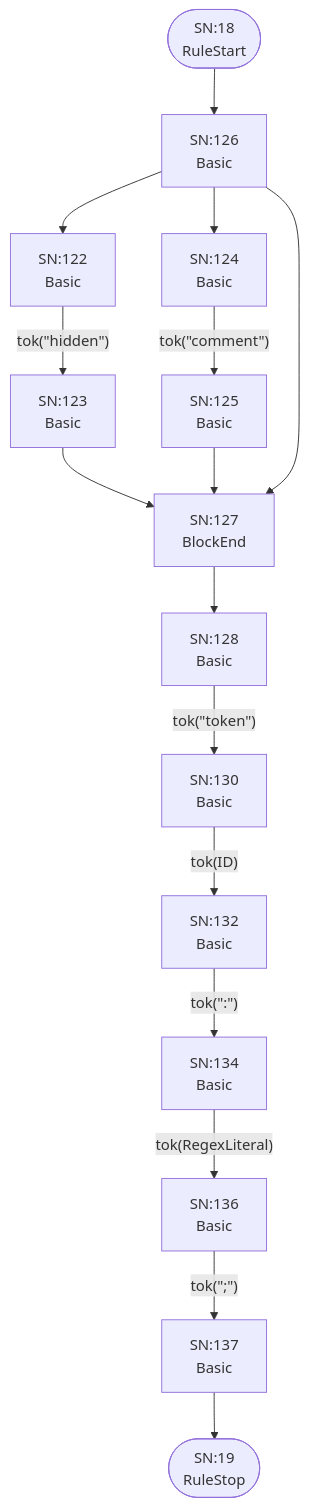
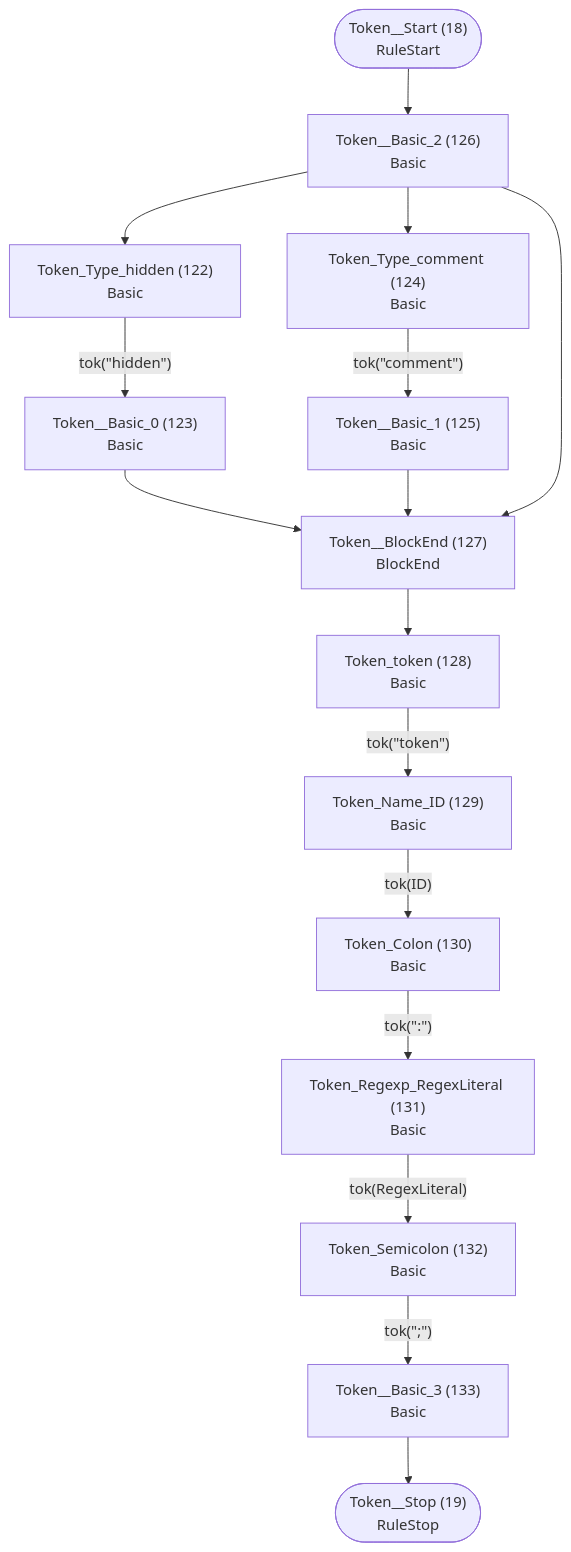
Before and after one commit to TypeFox/fastbelt: the tenth of 25 diagrams in internal/grammar/atn.md, drawn with Mermaid. The commit also changed other lines of this file and 26 other files, not shown here.

````diff
--- a/internal/grammar/atn.md
+++ b/internal/grammar/atn.md
@@ -252,33 +252,33 @@
 ```mermaid
 flowchart TD
-    q18(["SN:18<br/>RuleStart"])
-    q19(["SN:19<br/>RuleStop"])
-    q122["SN:122<br/>Basic<br/>"]
-    q123["SN:123<br/>Basic<br/>"]
-    q124["SN:124<br/>Basic<br/>"]
-    q125["SN:125<br/>Basic<br/>"]
-    q126["SN:126<br/>Basic<br/>"]
-    q127["SN:127<br/>BlockEnd<br/>"]
-    q128["SN:128<br/>Basic<br/>"]
-    q129["SN:130<br/>Basic<br/>"]
-    q130["SN:132<br/>Basic<br/>"]
-    q131["SN:134<br/>Basic<br/>"]
-    q132["SN:136<br/>Basic<br/>"]
-    q133["SN:137<br/>Basic<br/>"]
+    q18(["Token__Start (18)<br/>RuleStart"])
+    q19(["Token__Stop (19)<br/>RuleStop"])
+    q122["Token_Type_hidden (122)<br/>Basic<br/>"]
+    q123["Token__Basic_0 (123)<br/>Basic<br/>"]
+    q124["Token_Type_comment (124)<br/>Basic<br/>"]
+    q125["Token__Basic_1 (125)<br/>Basic<br/>"]
+    q126["Token__Basic_2 (126)<br/>Basic<br/>"]
+    q127["Token__BlockEnd (127)<br/>BlockEnd<br/>"]
+    q128["Token_token (128)<br/>Basic<br/>"]
+    q129["Token_Name_ID (129)<br/>Basic<br/>"]
+    q130["Token_Colon (130)<br/>Basic<br/>"]
+    q131["Token_Regexp_RegexLiteral (131)<br/>Basic<br/>"]
+    q132["Token_Semicolon (132)<br/>Basic<br/>"]
+    q133["Token__Basic_3 (133)<br/>Basic<br/>"]
 
     q18 --> q126
     q122 -->|"tok(&quot;hidden&quot;)"| q123
     q123 --> q127
     q124 -->|"tok(&quot;comment&quot;)"| q125
     q125 --> q127
     q126 --> q122
     q126 --> q124
     q126 --> q127
     q127 --> q128
     q128 -->|"tok(&quot;token&quot;)"| q129
     q129 -->|"tok(ID)"| q130
     q130 -->|"tok(&quot;:&quot;)"| q131
     q131 -->|"tok(RegexLiteral)"| q132
     q132 -->|"tok(&quot;;&quot;)"| q133
     q133 --> q19
 ```
````
